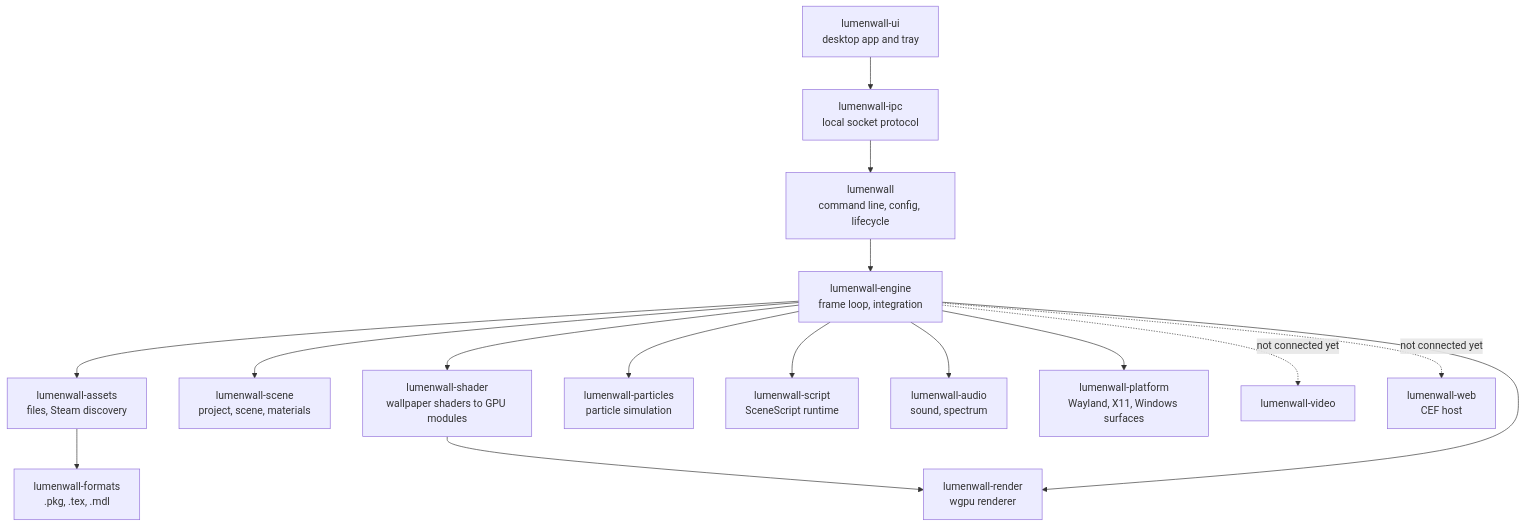
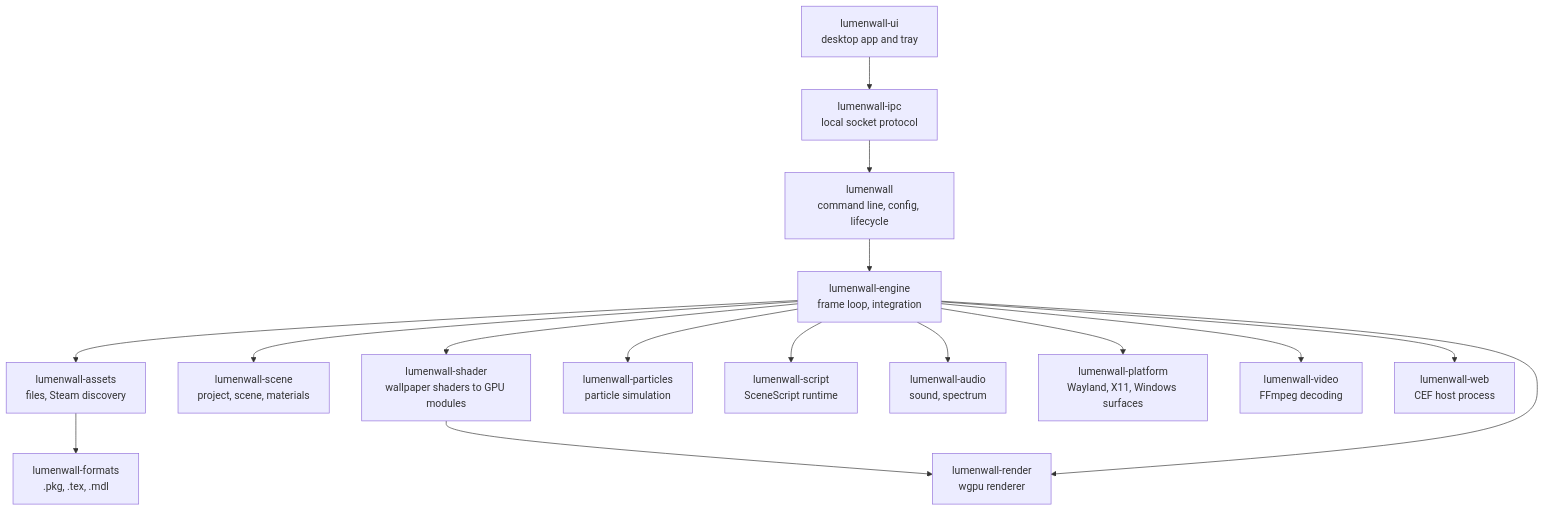
Before and after one commit to simnJS/lumenwall: the diagram in README.md, drawn with Mermaid. The commit also changed other lines of this file and 4 other files, not shown here.

First line of the commit message:
docs: READMEs and parity inventory up to date with Windows video, web, playlists, battery, media, cover and installer

````diff
--- a/README.md
+++ b/README.md
@@ -202,18 +203,18 @@
 ```mermaid
 flowchart TB
     ui["lumenwall-ui<br/>desktop app and tray"] --> ipc["lumenwall-ipc<br/>local socket protocol"]
     ipc --> cli["lumenwall<br/>command line, config, lifecycle"]
     cli --> engine["lumenwall-engine<br/>frame loop, integration"]
     engine --> assets["lumenwall-assets<br/>files, Steam discovery"]
     assets --> formats["lumenwall-formats<br/>.pkg, .tex, .mdl"]
     engine --> scene["lumenwall-scene<br/>project, scene, materials"]
     engine --> shader["lumenwall-shader<br/>wallpaper shaders to GPU modules"]
     shader --> render["lumenwall-render<br/>wgpu renderer"]
     engine --> render
     engine --> particles["lumenwall-particles<br/>particle simulation"]
     engine --> script["lumenwall-script<br/>SceneScript runtime"]
     engine --> audio["lumenwall-audio<br/>sound, spectrum"]
     engine --> platform["lumenwall-platform<br/>Wayland, X11, Windows surfaces"]
-    engine -. "not connected yet" .-> video["lumenwall-video"]
-    engine -. "not connected yet" .-> web["lumenwall-web<br/>CEF host"]
+    engine --> video["lumenwall-video<br/>FFmpeg decoding"]
+    engine --> web["lumenwall-web<br/>CEF host process"]
 ```
````
